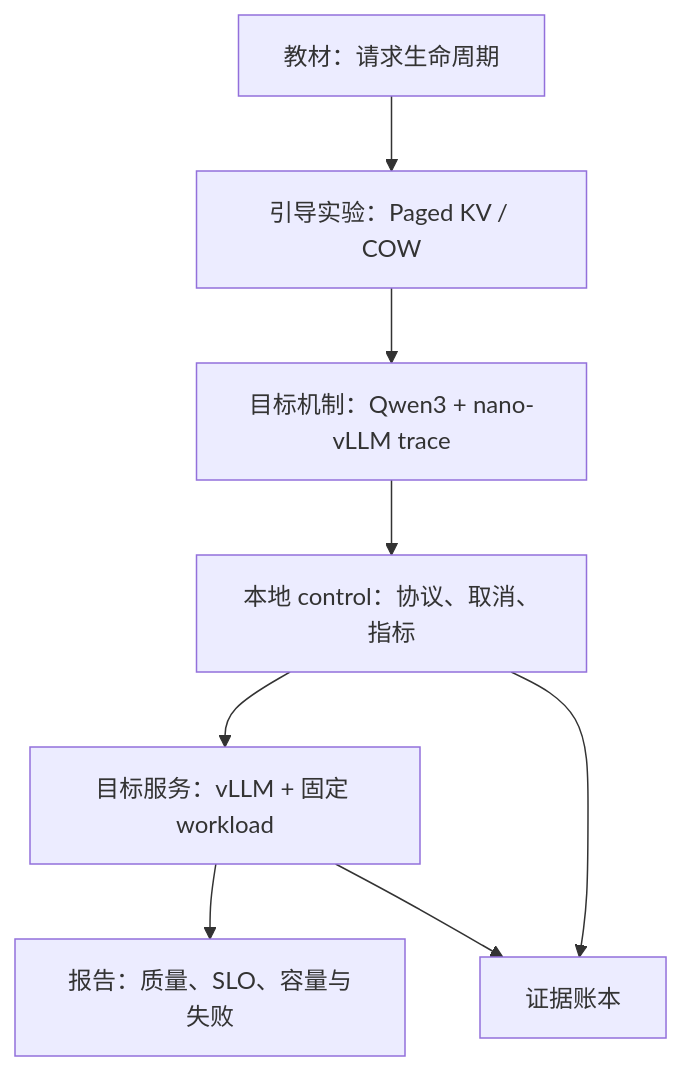
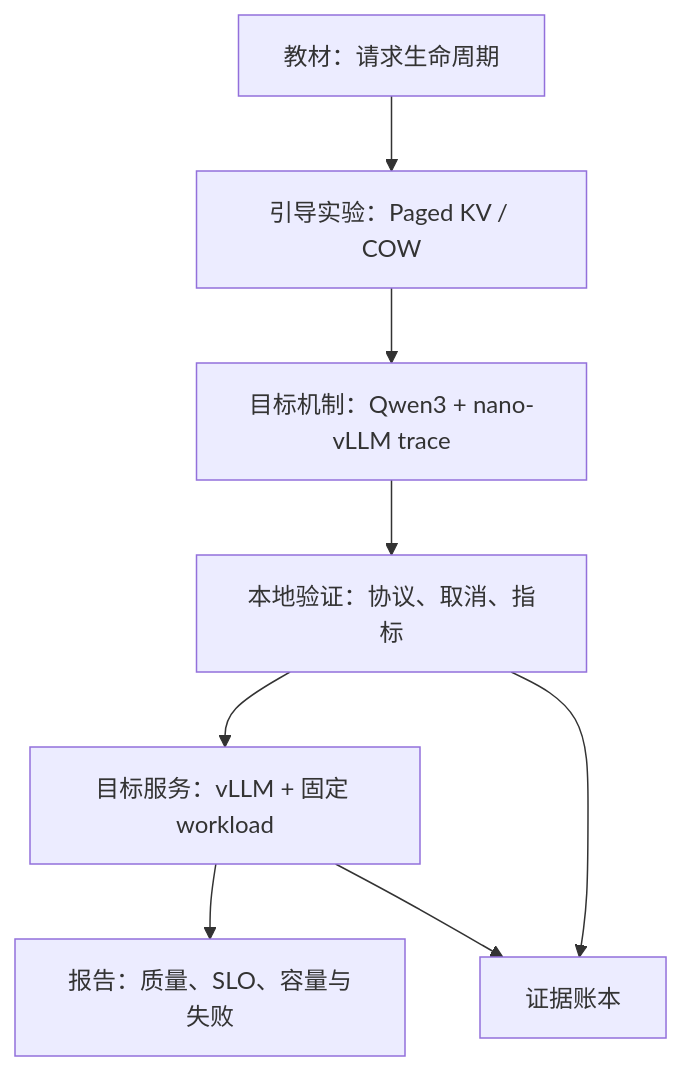
Before and after one commit to NightLemon/about-llm: the diagram in docs/practice/projects/inference-serving.md, drawn with Mermaid. The commit also changed other lines of this file and 29 other files, not shown here.

````diff
--- a/docs/practice/projects/inference-serving.md
+++ b/docs/practice/projects/inference-serving.md
@@ -34,10 +34,10 @@
 ```mermaid
 flowchart TD
   A["教材：请求生命周期"] --> B["引导实验：Paged KV / COW"]
   B --> N["目标机制：Qwen3 + nano-vLLM trace"]
-  N --> C["本地 control：协议、取消、指标"]
+  N --> C["本地验证：协议、取消、指标"]
   C --> D["目标服务：vLLM + 固定 workload"]
   D --> E["报告：质量、SLO、容量与失败"]
   C --> F["证据账本"]
   D --> F
 ```
````
